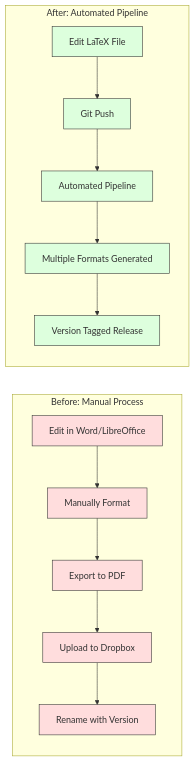
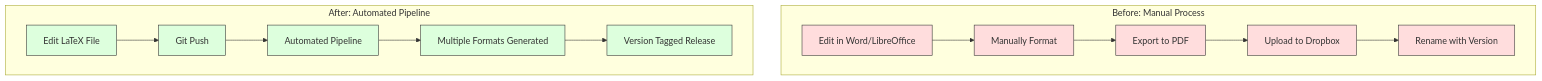
Before and after one commit to puneetsl/puneetsl.github.io: the third of 3 diagrams in _posts/2025-04-06-automating-resume-with-latex-github-actions.md, drawn with Mermaid. The commit also changed other lines of this file and 1 other file, not shown here.

````diff
--- a/_posts/2025-04-06-automating-resume-with-latex-github-actions.md
+++ b/_posts/2025-04-06-automating-resume-with-latex-github-actions.md
@@ -306,28 +306,28 @@
 ```mermaid
-graph LR
+graph TD
     subgraph "Before: Manual Process"
     A1[Edit in Word/LibreOffice] --> B1[Manually Format]
     B1 --> C1[Export to PDF]
     C1 --> D1[Upload to Dropbox]
     D1 --> E1[Rename with Version]
     end
 
     subgraph "After: Automated Pipeline"
     A2[Edit LaTeX File] --> B2[Git Push]
     B2 --> C2[Automated Pipeline]
     C2 --> D2[Multiple Formats Generated]
     D2 --> E2[Version Tagged Release]
     end
 
     style A1 fill:#ffdddd,stroke:#333,stroke-width:1px
     style B1 fill:#ffdddd,stroke:#333,stroke-width:1px
     style C1 fill:#ffdddd,stroke:#333,stroke-width:1px
     style D1 fill:#ffdddd,stroke:#333,stroke-width:1px
     style E1 fill:#ffdddd,stroke:#333,stroke-width:1px
 
     style A2 fill:#ddffdd,stroke:#333,stroke-width:1px
     style B2 fill:#ddffdd,stroke:#333,stroke-width:1px
     style C2 fill:#ddffdd,stroke:#333,stroke-width:1px
     style D2 fill:#ddffdd,stroke:#333,stroke-width:1px
     style E2 fill:#ddffdd,stroke:#333,stroke-width:1px
 ```
````
